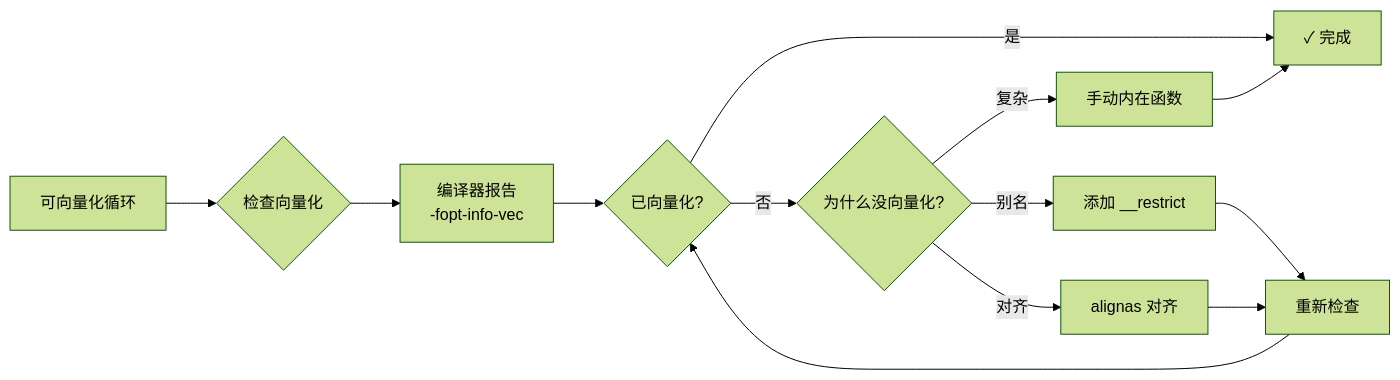
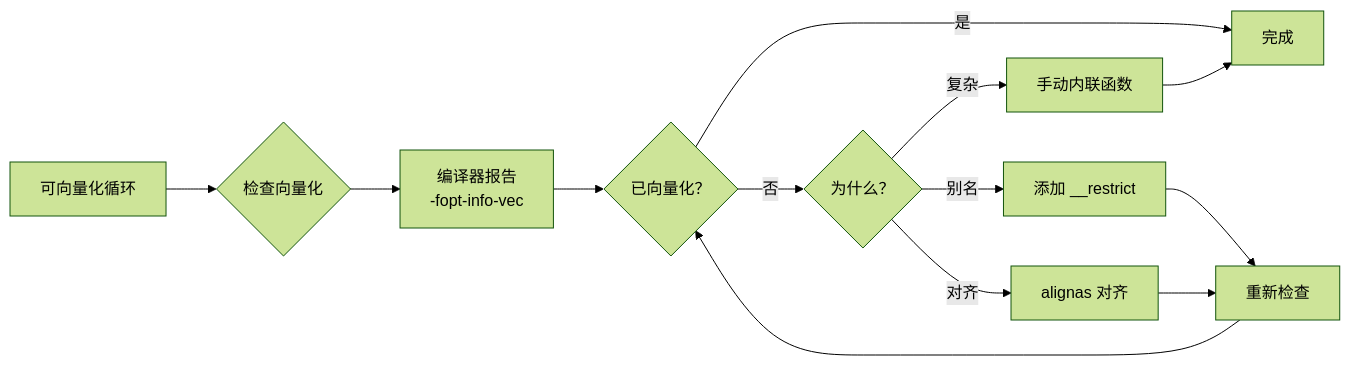
The second of 5 diagrams in docs/zh/guides/optimization-decision-tree.md (LessUp/cpp-high-performance-guide), drawn with Mermaid (forest theme) before and after one commit. The commit also changed other lines of this file and 21 other files, not shown here.

````diff
--- a/docs/zh/guides/optimization-decision-tree.md
+++ b/docs/zh/guides/optimization-decision-tree.md
@@ -122,15 +107,15 @@
 ```mermaid
 flowchart LR
-    A[可向量化循环] --> B{检查向量化}
-    B --> C[编译器报告<br/>-fopt-info-vec]
-    C --> D{已向量化?}
-    D -->|是| E[✓ 完成]
-    D -->|否| F{为什么没向量化?}
-    F -->|别名| G[添加 __restrict]
-    F -->|对齐| H[alignas 对齐]
-    F -->|复杂| I[手动内在函数]
-    G --> J[重新检查]
+    A[可向量化循环]:::start --> B{检查向量化}:::decision
+    B --> C[编译器报告<br/>-fopt-info-vec]:::action
+    C --> D{已向量化？}:::decision
+    D -->|是| E[完成]:::complete
+    D -->|否| F{为什么？}:::decision
+    F -->|别名| G[添加 __restrict]:::action
+    F -->|对齐| H[alignas 对齐]:::action
+    F -->|复杂| I[手动内联函数]:::action
+    G --> J[重新检查]:::action
     H --> J
     I --> E
     J --> D
 ```
````
